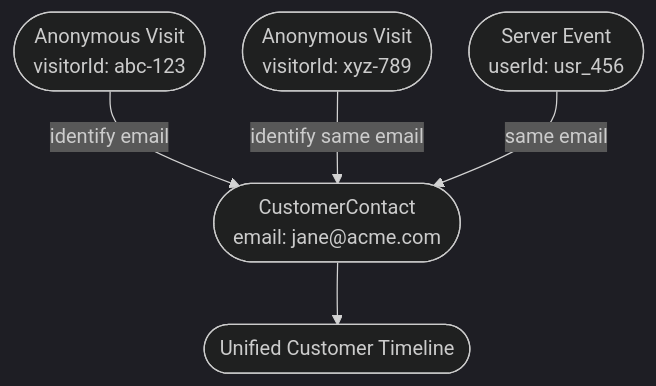
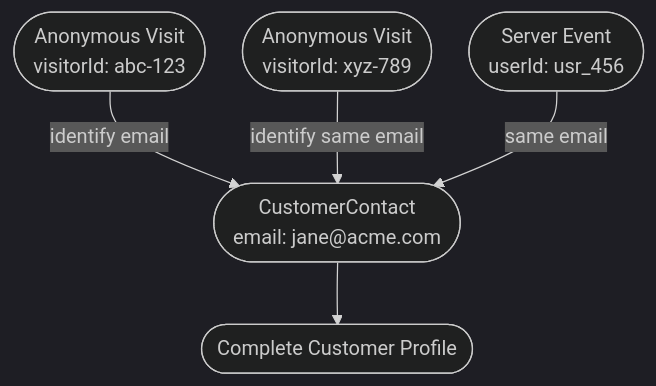
The diagram in docs/concepts/identity-resolution.mdx (OutlitAI/outlit-sdk), drawn with Mermaid before and after one commit. The commit also changed other lines of this file and 17 other files, not shown here.

````diff
--- a/docs/concepts/identity-resolution.mdx
+++ b/docs/concepts/identity-resolution.mdx
@@ -80,8 +80,8 @@
 ```mermaid
 %%{init: {'theme': 'dark', 'flowchart': {'nodeSpacing': 30, 'rankSpacing': 50, 'curve': 'basis', 'padding': 15}}}%%
 flowchart TD
     A([Anonymous Visit<br/>visitorId: abc-123]) -->|identify email| B([CustomerContact<br/>email: jane@acme.com])
     C([Anonymous Visit<br/>visitorId: xyz-789]) -->|identify same email| B
     D([Server Event<br/>userId: usr_456]) -->|same email| B
-    B --> E([Unified Customer Timeline])
+    B --> E([Complete Customer Profile])
 ```
````
